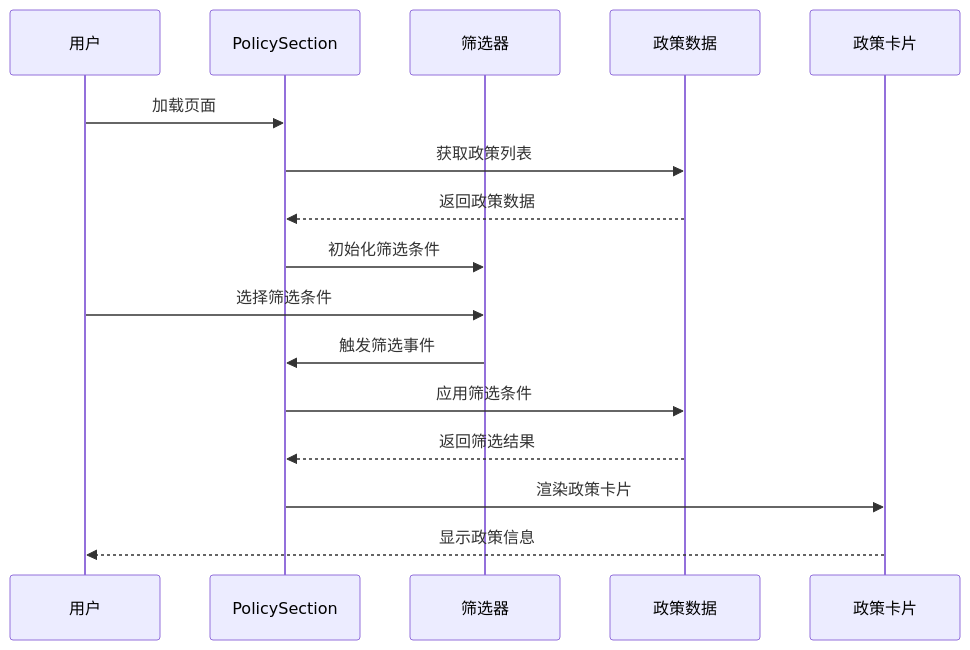
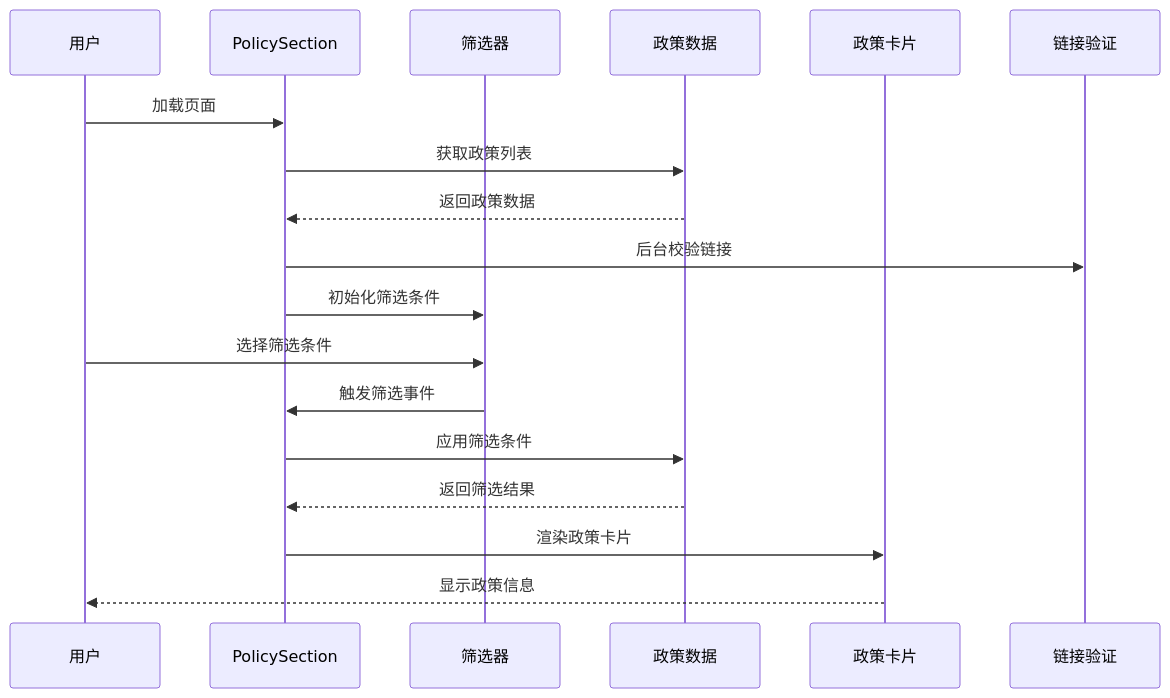
One commit to liangxuanliang-cmd/carbon-info-agent changed the fourth of 8 diagrams in .qoder/repowiki/zh/content/数据管理/政策数据管理/政策数据管理.md. Above: the diagram before and after it, drawn with Mermaid. The commit also changed other lines of this file and 7 other files, not shown here.

````diff
--- a/.qoder/repowiki/zh/content/数据管理/政策数据管理/政策数据管理.md
+++ b/.qoder/repowiki/zh/content/数据管理/政策数据管理/政策数据管理.md
@@ -181,18 +236,20 @@
 ```mermaid
 sequenceDiagram
 participant User as 用户
 participant Section as PolicySection
 participant Filter as 筛选器
 participant Data as 政策数据
 participant Card as 政策卡片
+participant Validator as 链接验证
 User->>Section : 加载页面
 Section->>Data : 获取政策列表
 Data-->>Section : 返回政策数据
+Section->>Validator : 后台校验链接
 Section->>Filter : 初始化筛选条件
 User->>Filter : 选择筛选条件
 Filter->>Section : 触发筛选事件
 Section->>Data : 应用筛选条件
 Data-->>Section : 返回筛选结果
 Section->>Card : 渲染政策卡片
 Card-->>User : 显示政策信息
 ```
````
